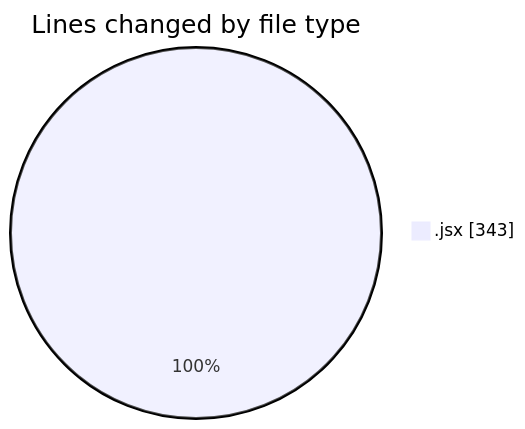
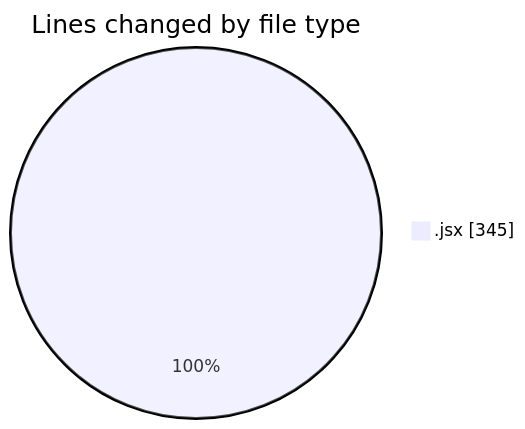
Before and after one commit to nxtqubesakshisongat/code-tracking: the first of 2 diagrams in 2025-11-06/nxtqube_webapp/README.md, drawn with Mermaid. The commit also changed other lines of this file and 1 other file, not shown here.

````diff
--- a/2025-11-06/nxtqube_webapp/README.md
+++ b/2025-11-06/nxtqube_webapp/README.md
@@ -20,5 +20,5 @@
 ```mermaid
 pie showData
 title Lines changed by file type
-".jsx" : 343
+".jsx" : 345
 ```
````
